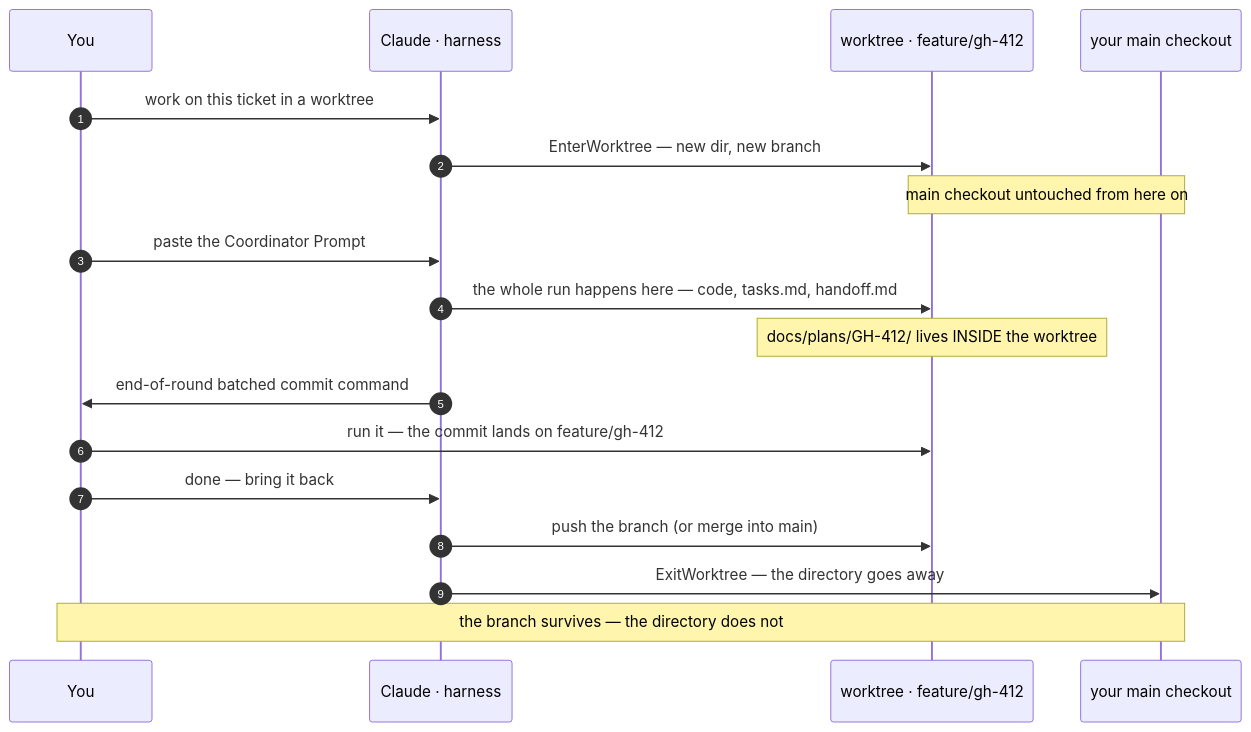
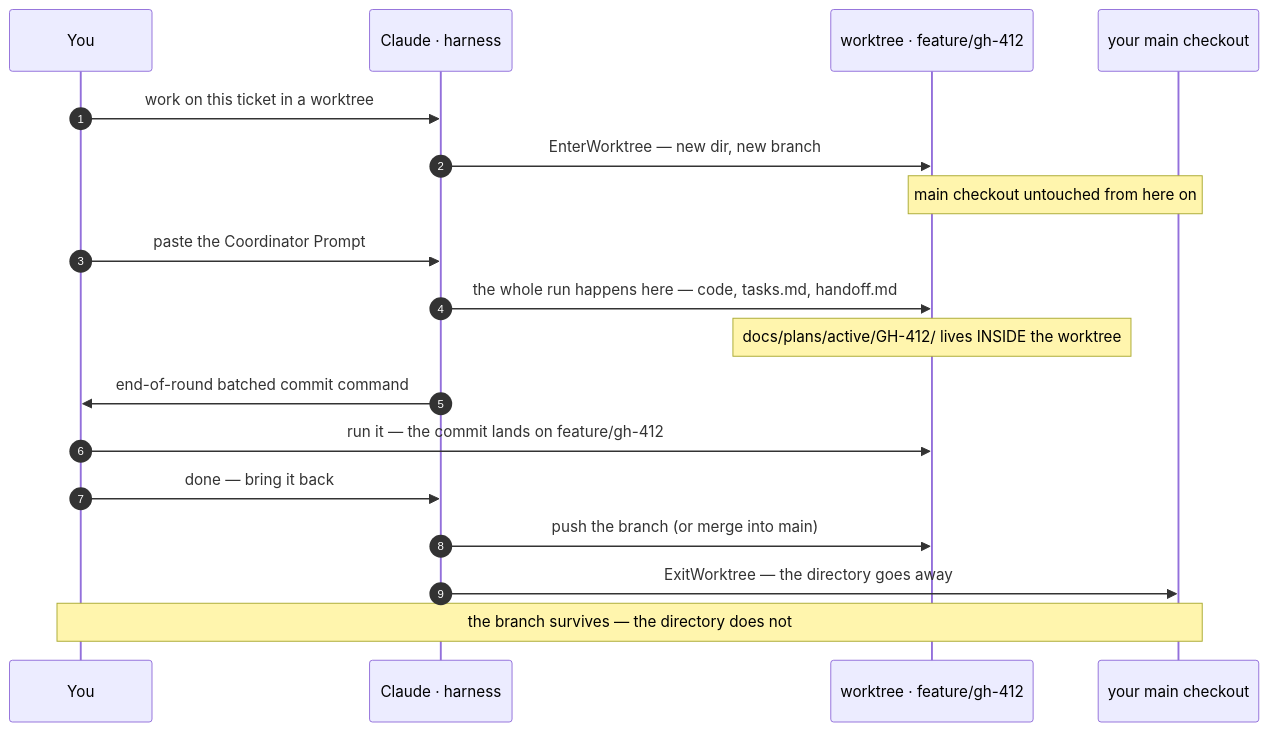
Diagram 11 of 13 in docs/master-plan-pack/TUTORIAL.md (necofx/necofx-claude-marketplace), drawn with Mermaid before and after one commit. The commit also changed other lines of this file, not shown here.

Commit message:
TUTORIAL: Part 6 close-out, active/ layout, four plugins

````diff
--- a/docs/master-plan-pack/TUTORIAL.md
+++ b/docs/master-plan-pack/TUTORIAL.md
@@ -863,24 +864,24 @@
 ```mermaid
 sequenceDiagram
     autonumber
     participant U as You
     participant H as Claude · harness
     participant W as worktree · feature/gh-412
     participant M as your main checkout
 
     U->>H: work on this ticket in a worktree
     H->>W: EnterWorktree — new dir, new branch
     Note over W,M: main checkout untouched from here on
 
     U->>H: paste the Coordinator Prompt
     H->>W: the whole run happens here — code, tasks.md, handoff.md
-    Note over W: docs/plans/GH-412/ lives INSIDE the worktree
+    Note over W: docs/plans/active/GH-412/ lives INSIDE the worktree
 
     H->>U: end-of-round batched commit command
     U->>W: run it — the commit lands on feature/gh-412
 
     U->>H: done — bring it back
     H->>W: push the branch  (or merge into main)
     H->>M: ExitWorktree — the directory goes away
     Note over U,M: the branch survives — the directory does not
 ```
````
